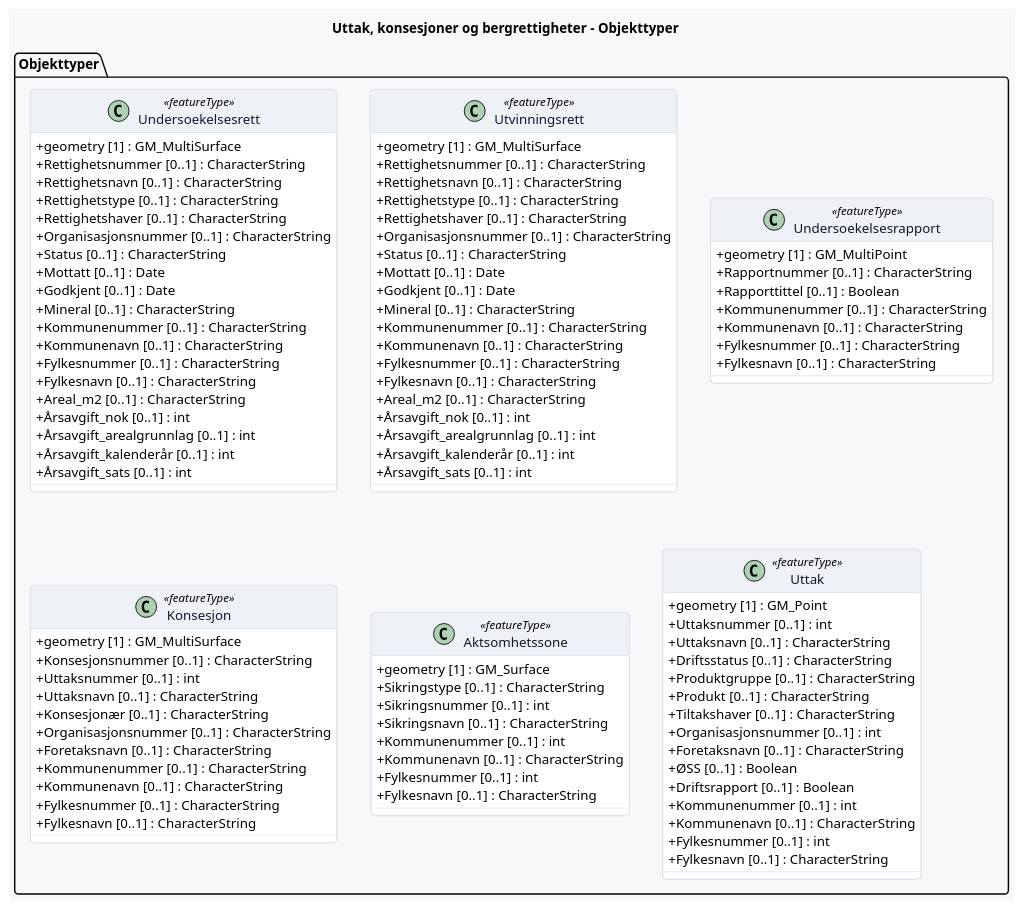
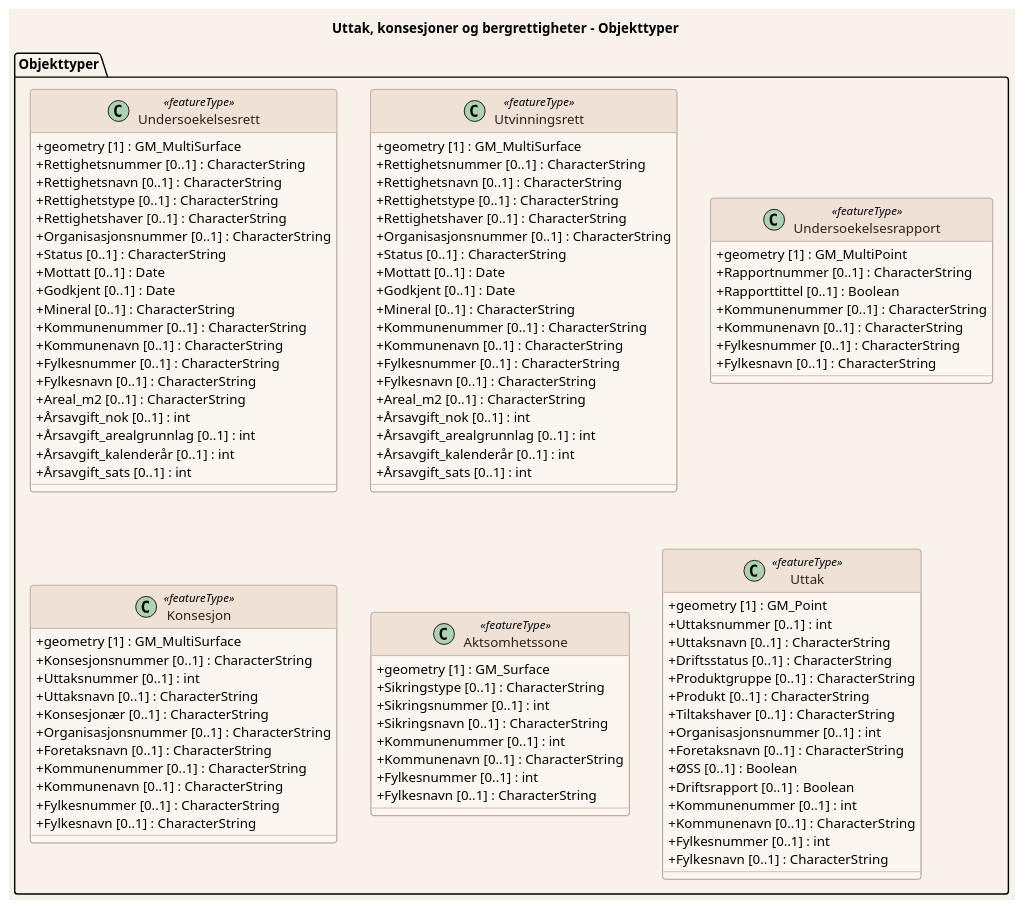
Before and after one commit to Arkitektum/produktspesifikasjon_dirmin: the diagram in produktspesifikasjon/uttak/uttak_feature_catalogue.puml, drawn with PlantUML. The commit also changed 1 other file, not shown here.

```diff
--- a/produktspesifikasjon/uttak/uttak_feature_catalogue.puml
+++ b/produktspesifikasjon/uttak/uttak_feature_catalogue.puml
@@ -1,120 +1,125 @@
 @startuml
 title Uttak, konsesjoner og bergrettigheter - Objekttyper
 
-skinparam backgroundColor #F7F8FA
+skinparam backgroundColor #F8F2EA
 skinparam shadowing false
-skinparam RoundCorner 8
-skinparam ArrowColor #94A3B8
+skinparam RoundCorner 6
+skinparam ArrowColor #6C8198
 skinparam class {
-  BackgroundColor #FFFFFF
-  BorderColor #CBD5E1
-  FontColor #0F172A
-  HeaderBackgroundColor #EEF2F7
-  HeaderFontColor #0F172A
+  BackgroundColor #FBF6EF
+  BorderColor #9C8578
+  FontColor #2D201A
+  HeaderBackgroundColor #EFE1D6
+  HeaderFontColor #2D201A
   AttributeIconSize 0
 }
-skinparam stereotypeCBackgroundColor #E2E8F0
-skinparam stereotypeCBorderColor #CBD5E1
-skinparam stereotypeCFontColor #0F172A
+skinparam note {
+  BackgroundColor #FFFFFF
+  BorderColor #6C8198
+  FontColor #2D201A
+}
+skinparam stereotypeCBackgroundColor #EAD9CE
+skinparam stereotypeCBorderColor #9C8578
+skinparam stereotypeCFontColor #2D201A
 
 package "Objekttyper" {
 
   class Undersoekelsesrett <<featureType>> {
     + geometry [1] : GM_MultiSurface
     + Rettighetsnummer [0..1] : CharacterString
     + Rettighetsnavn [0..1] : CharacterString
     + Rettighetstype [0..1] : CharacterString
     + Rettighetshaver [0..1] : CharacterString
     + Organisasjonsnummer [0..1] : CharacterString
     + Status [0..1] : CharacterString
     + Mottatt [0..1] : Date
     + Godkjent [0..1] : Date
     + Mineral [0..1] : CharacterString
     + Kommunenummer [0..1] : CharacterString
     + Kommunenavn [0..1] : CharacterString
     + Fylkesnummer [0..1] : CharacterString
     + Fylkesnavn [0..1] : CharacterString
     + Areal_m2 [0..1] : CharacterString
     + Årsavgift_nok [0..1] : int
     + Årsavgift_arealgrunnlag [0..1] : int
     + Årsavgift_kalenderår [0..1] : int
     + Årsavgift_sats [0..1] : int
   }
 
   class Utvinningsrett <<featureType>> {
     + geometry [1] : GM_MultiSurface
     + Rettighetsnummer [0..1] : CharacterString
     + Rettighetsnavn [0..1] : CharacterString
     + Rettighetstype [0..1] : CharacterString
     + Rettighetshaver [0..1] : CharacterString
     + Organisasjonsnummer [0..1] : CharacterString
     + Status [0..1] : CharacterString
     + Mottatt [0..1] : Date
     + Godkjent [0..1] : Date
     + Mineral [0..1] : CharacterString
     + Kommunenummer [0..1] : CharacterString
     + Kommunenavn [0..1] : CharacterString
     + Fylkesnummer [0..1] : CharacterString
     + Fylkesnavn [0..1] : CharacterString
     + Areal_m2 [0..1] : CharacterString
     + Årsavgift_nok [0..1] : int
     + Årsavgift_arealgrunnlag [0..1] : int
     + Årsavgift_kalenderår [0..1] : int
     + Årsavgift_sats [0..1] : int
   }
 
   class Undersoekelsesrapport <<featureType>> {
     + geometry [1] : GM_MultiPoint
     + Rapportnummer [0..1] : CharacterString
     + Rapporttittel [0..1] : Boolean
     + Kommunenummer [0..1] : CharacterString
     + Kommunenavn [0..1] : CharacterString
     + Fylkesnummer [0..1] : CharacterString
     + Fylkesnavn [0..1] : CharacterString
   }
 
   class Konsesjon <<featureType>> {
     + geometry [1] : GM_MultiSurface
     + Konsesjonsnummer [0..1] : CharacterString
     + Uttaksnummer [0..1] : int
     + Uttaksnavn [0..1] : CharacterString
     + Konsesjonær [0..1] : CharacterString
     + Organisasjonsnummer [0..1] : CharacterString
     + Foretaksnavn [0..1] : CharacterString
     + Kommunenummer [0..1] : CharacterString
     + Kommunenavn [0..1] : CharacterString
     + Fylkesnummer [0..1] : CharacterString
     + Fylkesnavn [0..1] : CharacterString
   }
 
   class Aktsomhetssone <<featureType>> {
     + geometry [1] : GM_Surface
     + Sikringstype [0..1] : CharacterString
     + Sikringsnummer [0..1] : int
     + Sikringsnavn [0..1] : CharacterString
     + Kommunenummer [0..1] : int
     + Kommunenavn [0..1] : CharacterString
     + Fylkesnummer [0..1] : int
     + Fylkesnavn [0..1] : CharacterString
   }
 
   class Uttak <<featureType>> {
     + geometry [1] : GM_Point
     + Uttaksnummer [0..1] : int
     + Uttaksnavn [0..1] : CharacterString
     + Driftsstatus [0..1] : CharacterString
     + Produktgruppe [0..1] : CharacterString
     + Produkt [0..1] : CharacterString
     + Tiltakshaver [0..1] : CharacterString
     + Organisasjonsnummer [0..1] : int
     + Foretaksnavn [0..1] : CharacterString
     + ØSS [0..1] : Boolean
     + Driftsrapport [0..1] : Boolean
     + Kommunenummer [0..1] : int
     + Kommunenavn [0..1] : CharacterString
     + Fylkesnummer [0..1] : int
     + Fylkesnavn [0..1] : CharacterString
   }
 }
 
 @enduml
```
